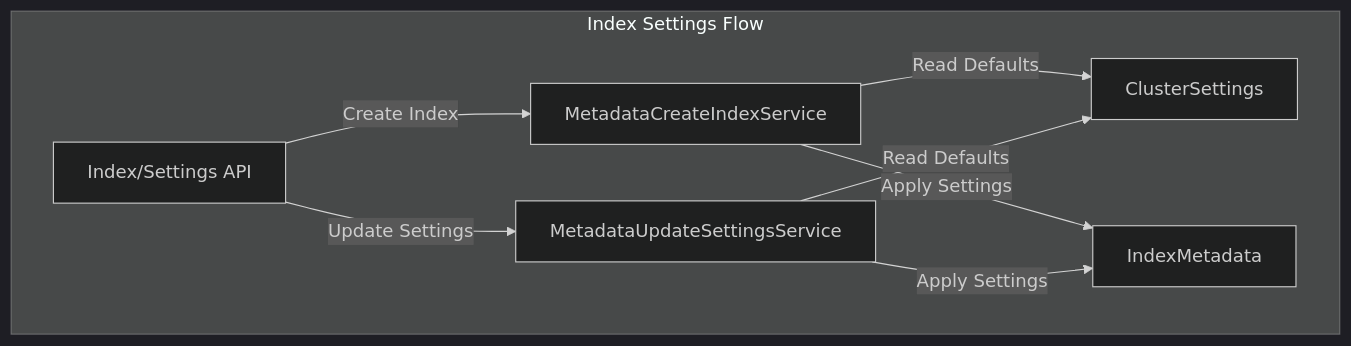
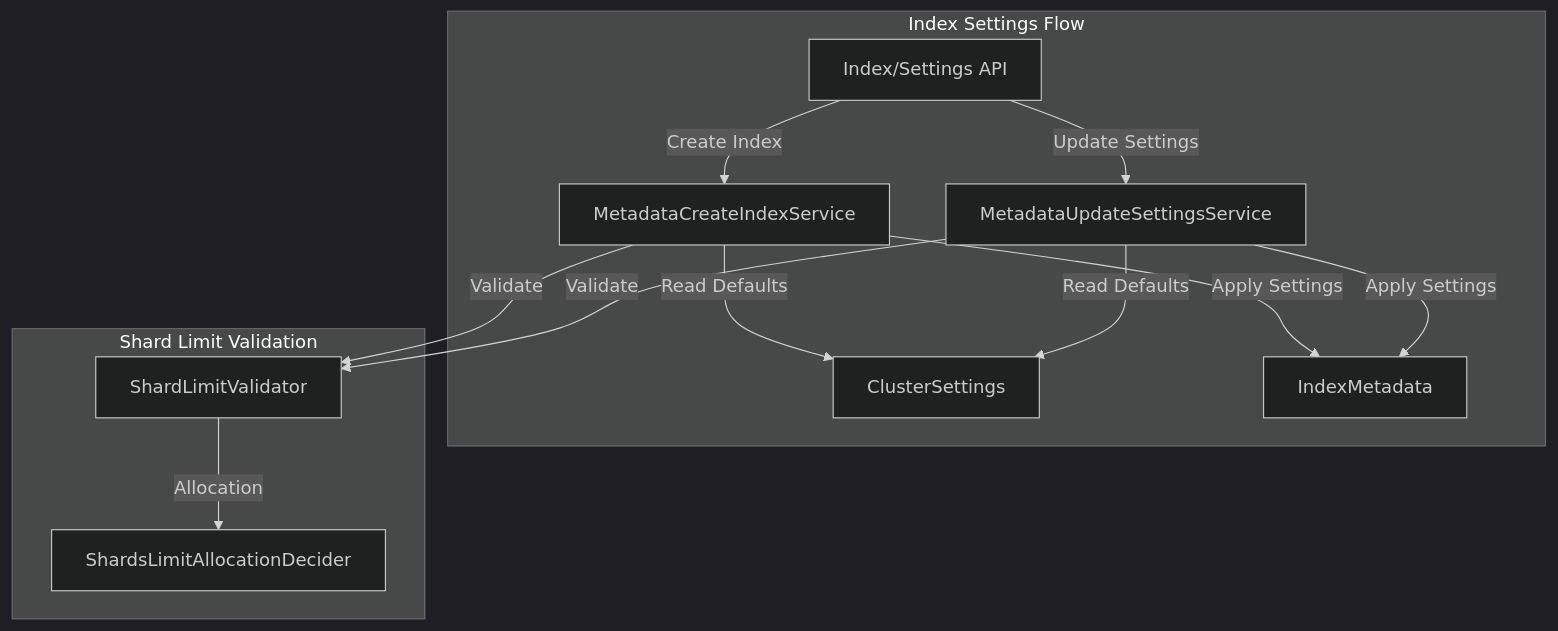
One commit to tkykenmt/opensearch-feature-explorer changed the first of 2 diagrams in docs/features/opensearch/index-settings.md. Above: the diagram before and after it, drawn with Mermaid (dark theme). The commit also changed other lines of this file and 2 other files, not shown here.

````diff
--- a/docs/features/opensearch/index-settings.md
+++ b/docs/features/opensearch/index-settings.md
@@ -11,17 +11,25 @@
 ```mermaid
 graph TB
     subgraph "Index Settings Flow"
         API[Index/Settings API]
         MCS[MetadataCreateIndexService]
         MUS[MetadataUpdateSettingsService]
         CS[ClusterSettings]
         IM[IndexMetadata]
     end
     
+    subgraph "Shard Limit Validation"
+        SLV[ShardLimitValidator]
+        SLAD[ShardsLimitAllocationDecider]
+    end
+    
     API -->|Create Index| MCS
     API -->|Update Settings| MUS
     MCS -->|Read Defaults| CS
     MUS -->|Read Defaults| CS
     MCS -->|Apply Settings| IM
     MUS -->|Apply Settings| IM
+    MCS -->|Validate| SLV
+    MUS -->|Validate| SLV
+    SLV -->|Allocation| SLAD
 ```
````
